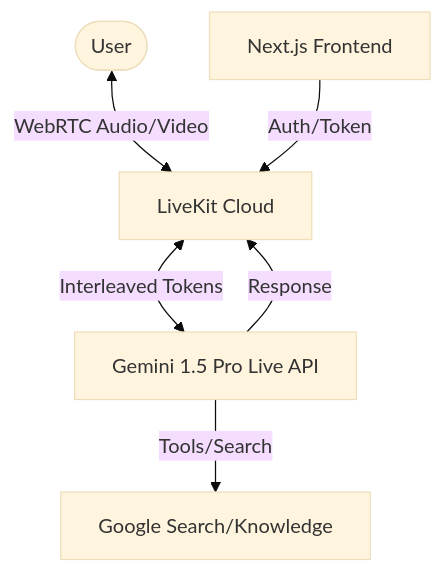
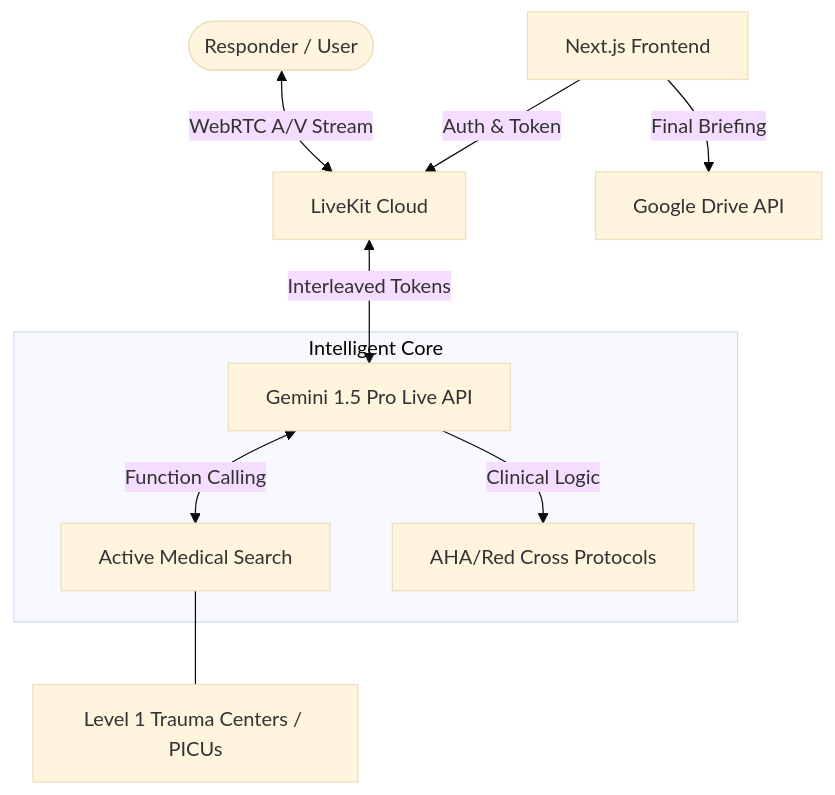
Before and after one commit to ramkdataeng-lab/MinuteZero: the diagram in SUBMISSION_DETAILS.md, drawn with Mermaid (base theme). The commit also changed other lines of this file and 51 other files, not shown here.

````diff
--- a/SUBMISSION_DETAILS.md
+++ b/SUBMISSION_DETAILS.md
@@ -15,8 +18,14 @@
 ```mermaid
 graph TD
-    User([User]) <-->|WebRTC Audio/Video| LK[LiveKit Cloud]
+    User([Responder / User]) <-->|WebRTC A/V Stream| LK[LiveKit Cloud]
     LK <-->|Interleaved Tokens| Gemini[Gemini 1.5 Pro Live API]
-    Web[Next.js Frontend] -->|Auth/Token| LK
-    Gemini -->|Tools/Search| Google[Google Search/Knowledge]
-    Gemini -->|Response| LK
+    
+    subgraph "Intelligent Core"
+        Gemini <-->|Function Calling| Search[Active Medical Search]
+        Gemini -->|Clinical Logic| Prompt[AHA/Red Cross Protocols]
+    end
+
+    Web[Next.js Frontend] -->|Auth & Token| LK
+    Web -->|Final Briefing| Drive[Google Drive API]
+    Search --- Hospital[Level 1 Trauma Centers / PICUs]
 ```
````
